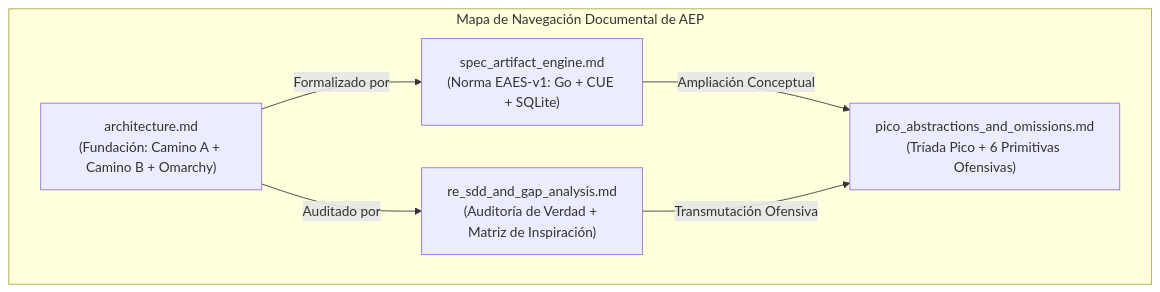
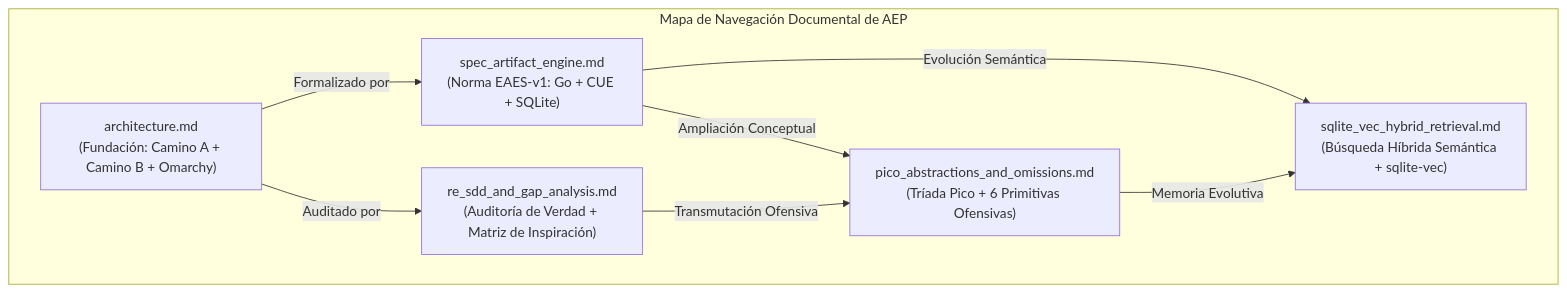
One commit to ancrz/agent-execution-plane changed the diagram in docs/README.md. Above: the diagram before and after it, drawn with Mermaid. The commit also changed other lines of this file and 2 other files, not shown here.

Commit message:
docs: document sqlite-vec hybrid retrieval pattern, local embeddings, and DDL schema

````diff
--- a/docs/README.md
+++ b/docs/README.md
@@ -5,14 +5,17 @@
 ```mermaid
 flowchart TD
     subgraph DocsMap["Mapa de Navegación Documental de AEP"]
         D1["architecture.md<br/>(Fundación: Camino A + Camino B + Omarchy)"]
         D2["spec_artifact_engine.md<br/>(Norma EAES-v1: Go + CUE + SQLite)"]
         D3["re_sdd_and_gap_analysis.md<br/>(Auditoría de Verdad + Matriz de Inspiración)"]
         D4["pico_abstractions_and_omissions.md<br/>(Tríada Pico + 6 Primitivas Ofensivas)"]
+        D5["sqlite_vec_hybrid_retrieval.md<br/>(Búsqueda Híbrida Semántica + sqlite-vec)"]
 
         D1 -->|Formalizado por| D2
         D1 -->|Auditado por| D3
         D2 -->|Ampliación Conceptual| D4
         D3 -->|Transmutación Ofensiva| D4
+        D2 -->|Evolución Semántica| D5
+        D4 -->|Memoria Evolutiva| D5
     end
 ```
````
